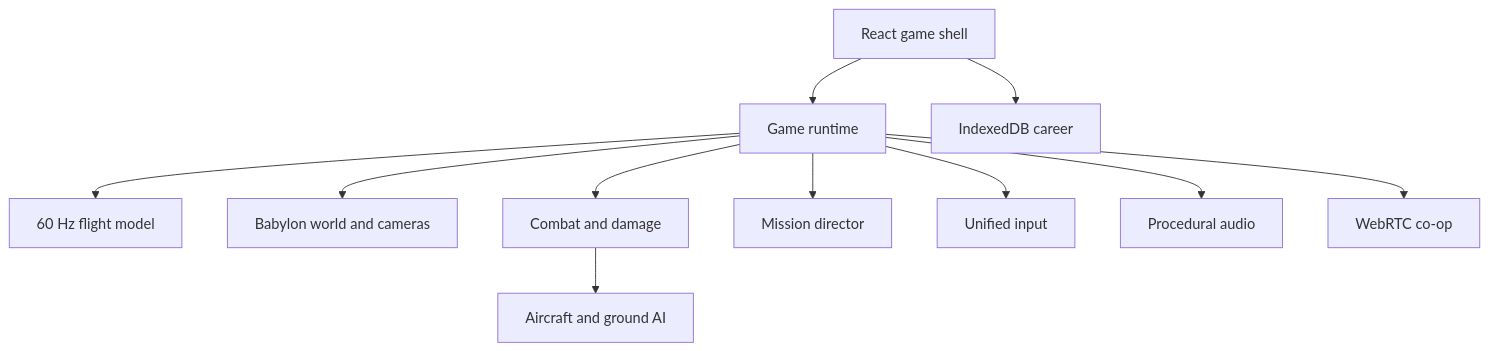
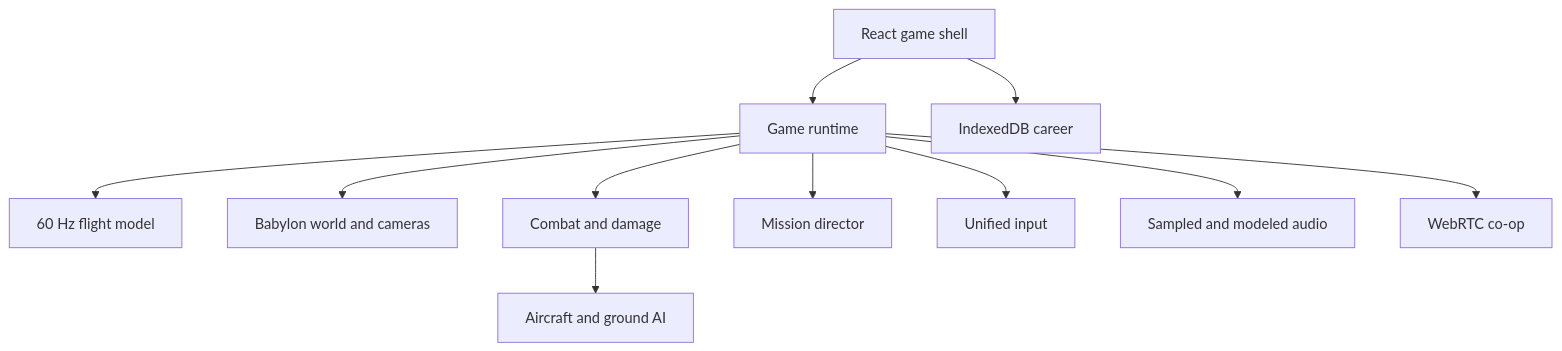
The diagram in docs/ARCHITECTURE.md (simlexx-k/rotorfrontier), drawn with Mermaid before and after one commit. The commit also changed other lines of this file and 18 other files, not shown here.

Commit message:
Fix flight controls, Apache rotors, and sampled audio

````diff
--- a/docs/ARCHITECTURE.md
+++ b/docs/ARCHITECTURE.md
@@ -7,13 +7,13 @@
 ```mermaid
 flowchart TD
   Shell[React game shell] --> Runtime[Game runtime]
   Runtime --> Flight[60 Hz flight model]
   Runtime --> World[Babylon world and cameras]
   Runtime --> Combat[Combat and damage]
   Runtime --> Director[Mission director]
   Runtime --> Input[Unified input]
-  Runtime --> Audio[Procedural audio]
+  Runtime --> Audio[Sampled and modeled audio]
   Runtime --> Net[WebRTC co-op]
   Shell --> Career[IndexedDB career]
   Combat --> AI[Aircraft and ground AI]
 ```
````
